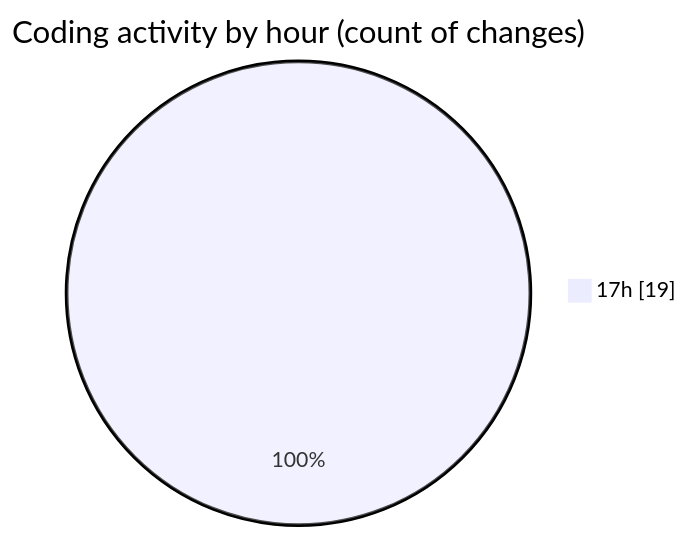
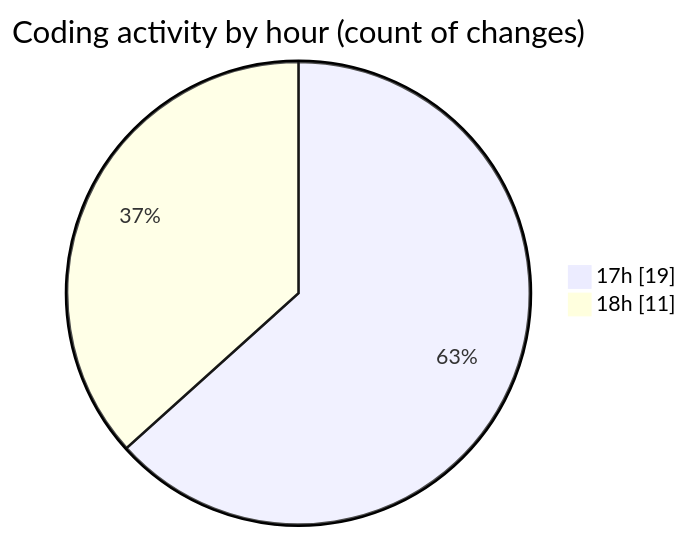
One commit to charlie-sans/code-tracking changed the second of 2 diagrams in 2025-05-01/uhigh-lang/README.md. Above: the diagram before and after it, drawn with Mermaid. The commit also changed other lines of this file and 1 other file, not shown here.

````diff
--- a/2025-05-01/uhigh-lang/README.md
+++ b/2025-05-01/uhigh-lang/README.md
@@ -32,5 +32,6 @@
 ```mermaid
 pie showData
 title Coding activity by hour (count of changes)
 "17h" : 19
+"18h" : 11
 ```
````
